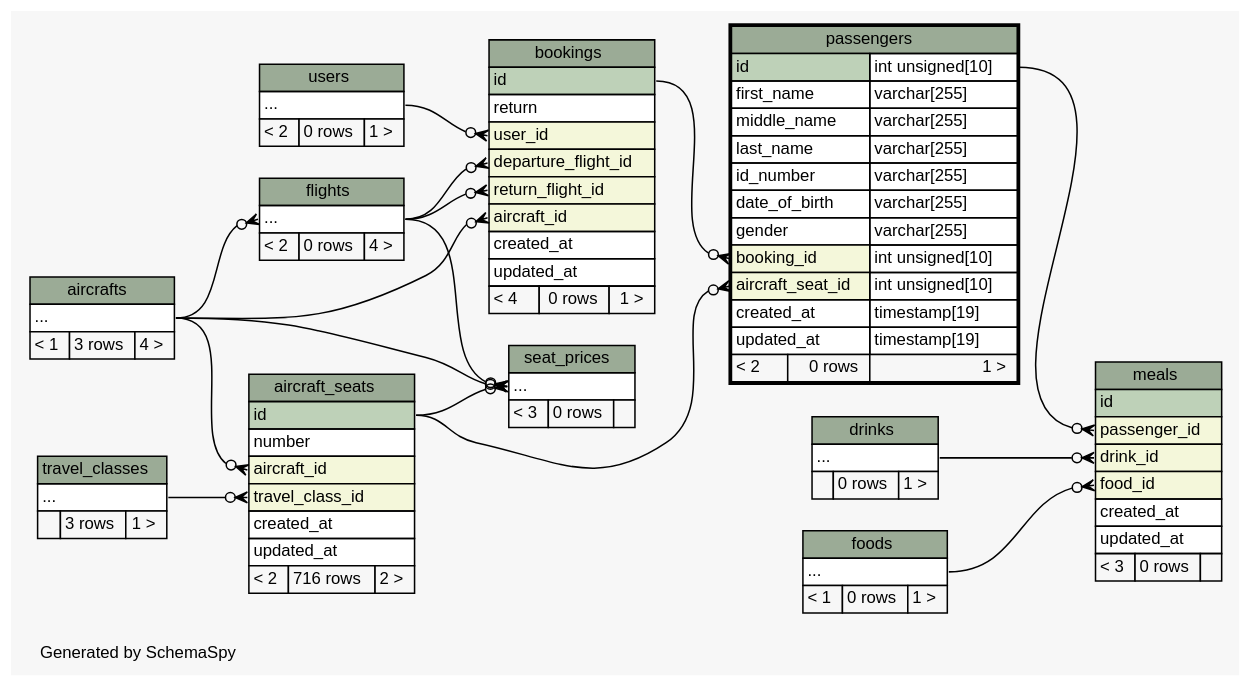
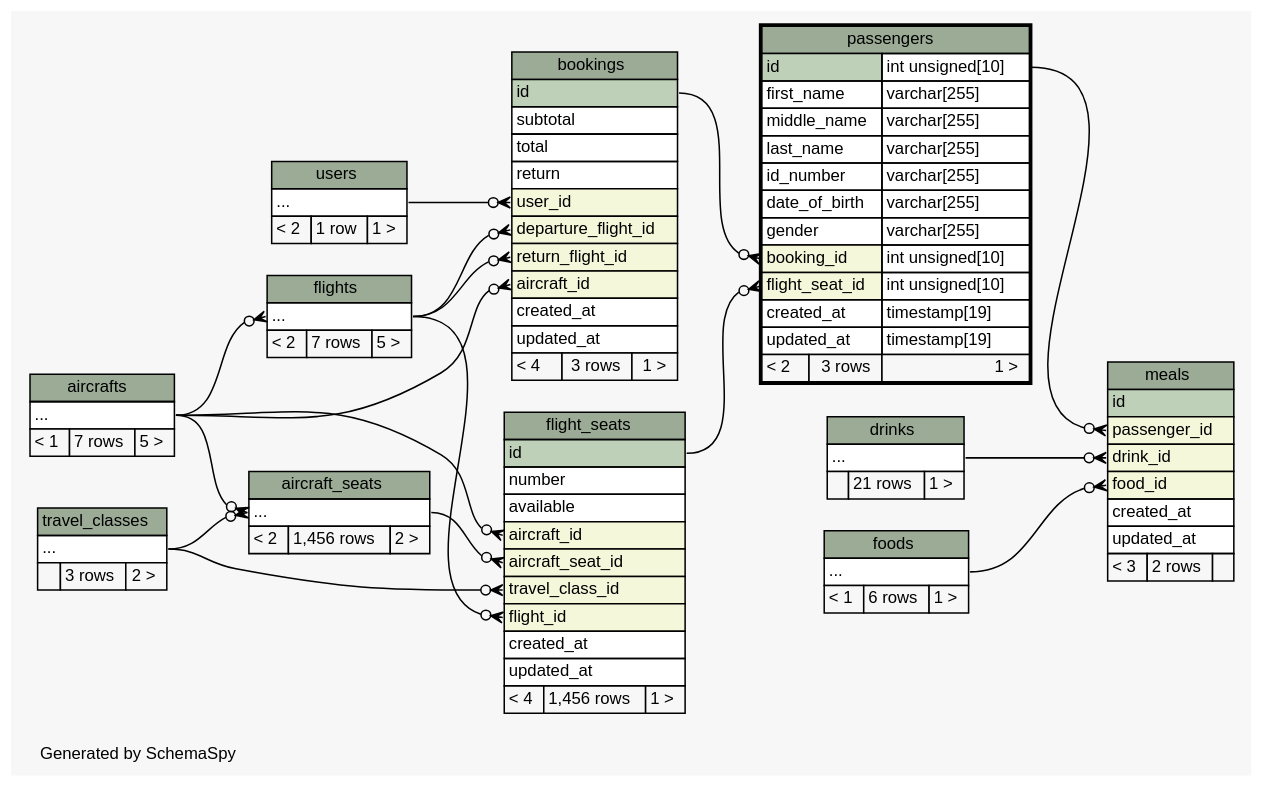
One commit to joaonzangoII/flightbookingsystem changed the diagram in web/app/database/schema/diagrams/passengers.2degrees.dot. Above: the diagram before and after it, drawn with Graphviz. The commit also changed 129 other files, not shown here.

```diff
--- a/web/app/database/schema/diagrams/passengers.2degrees.dot
+++ b/web/app/database/schema/diagrams/passengers.2degrees.dot
@@ -1,4 +1,4 @@
-// dot 2.38.0 on Linux 4.8.0-46-generic
+// dot 2.38.0 on Linux 4.8.0-49-generic
 // SchemaSpy rev 590
 digraph "twoDegreesRelationshipsDiagram" {
   graph [
@@ -19,32 +19,28 @@
   edge [
     arrowsize="0.8"
   ];
-  "aircraft_seats":"aircraft_id":w -> "aircrafts":"elipses":e [arrowhead=none dir=back arrowtail=crowodot];
-  "aircraft_seats":"travel_class_id":w -> "travel_classes":"elipses":e [arrowhead=none dir=back arrowtail=crowodot];
+  "aircraft_seats":"elipses":w -> "aircrafts":"elipses":e [arrowhead=none dir=back arrowtail=crowodot];
+  "aircraft_seats":"elipses":w -> "travel_classes":"elipses":e [arrowhead=none dir=back arrowtail=crowodot];
   "bookings":"aircraft_id":w -> "aircrafts":"elipses":e [arrowhead=none dir=back arrowtail=crowodot];
   "bookings":"departure_flight_id":w -> "flights":"elipses":e [arrowhead=none dir=back arrowtail=crowodot];
   "bookings":"return_flight_id":w -> "flights":"elipses":e [arrowhead=none dir=back arrowtail=crowodot];
   "bookings":"user_id":w -> "users":"elipses":e [arrowhead=none dir=back arrowtail=crowodot];
+  "flight_seats":"aircraft_id":w -> "aircrafts":"elipses":e [arrowhead=none dir=back arrowtail=crowodot];
+  "flight_seats":"aircraft_seat_id":w -> "aircraft_seats":"elipses":e [arrowhead=none dir=back arrowtail=crowodot];
+  "flight_seats":"flight_id":w -> "flights":"elipses":e [arrowhead=none dir=back arrowtail=crowodot];
+  "flight_seats":"travel_class_id":w -> "travel_classes":"elipses":e [arrowhead=none dir=back arrowtail=crowodot];
   "flights":"elipses":w -> "aircrafts":"elipses":e [arrowhead=none dir=back arrowtail=crowodot];
   "meals":"drink_id":w -> "drinks":"elipses":e [arrowhead=none dir=back arrowtail=crowodot];
   "meals":"food_id":w -> "foods":"elipses":e [arrowhead=none dir=back arrowtail=crowodot];
   "meals":"passenger_id":w -> "passengers":"id.type":e [arrowhead=none dir=back arrowtail=crowodot];
-  "passengers":"aircraft_seat_id":w -> "aircraft_seats":"id":e [arrowhead=none dir=back arrowtail=crowodot];
   "passengers":"booking_id":w -> "bookings":"id":e [arrowhead=none dir=back arrowtail=crowodot];
-  "seat_prices":"elipses":w -> "aircrafts":"elipses":e [arrowhead=none dir=back arrowtail=crowodot];
-  "seat_prices":"elipses":w -> "aircraft_seats":"id":e [arrowhead=none dir=back arrowtail=crowodot];
-  "seat_prices":"elipses":w -> "flights":"elipses":e [arrowhead=none dir=back arrowtail=crowodot];
+  "passengers":"flight_seat_id":w -> "flight_seats":"id":e [arrowhead=none dir=back arrowtail=crowodot];
   "aircraft_seats" [
     label=<
     <TABLE BORDER="0" CELLBORDER="1" CELLSPACING="0" BGCOLOR="#ffffff">
       <TR><TD COLSPAN="3" BGCOLOR="#9bab96" ALIGN="CENTER">aircraft_seats</TD></TR>
-      <TR><TD PORT="id" COLSPAN="3" BGCOLOR="#bed1b8" ALIGN="LEFT">id</TD></TR>
-      <TR><TD PORT="number" COLSPAN="3" ALIGN="LEFT">number</TD></TR>
-      <TR><TD PORT="aircraft_id" COLSPAN="3" BGCOLOR="#f4f7da" ALIGN="LEFT">aircraft_id</TD></TR>
-      <TR><TD PORT="travel_class_id" COLSPAN="3" BGCOLOR="#f4f7da" ALIGN="LEFT">travel_class_id</TD></TR>
-      <TR><TD PORT="created_at" COLSPAN="3" ALIGN="LEFT">created_at</TD></TR>
-      <TR><TD PORT="updated_at" COLSPAN="3" ALIGN="LEFT">updated_at</TD></TR>
-      <TR><TD ALIGN="LEFT" BGCOLOR="#f7f7f7">&lt; 2</TD><TD ALIGN="RIGHT" BGCOLOR="#f7f7f7">716 rows</TD><TD ALIGN="RIGHT" BGCOLOR="#f7f7f7">2 &gt;</TD></TR>
+      <TR><TD PORT="elipses" COLSPAN="3" ALIGN="LEFT">...</TD></TR>
+      <TR><TD ALIGN="LEFT" BGCOLOR="#f7f7f7">&lt; 2</TD><TD ALIGN="RIGHT" BGCOLOR="#f7f7f7">1,456 rows</TD><TD ALIGN="RIGHT" BGCOLOR="#f7f7f7">2 &gt;</TD></TR>
     </TABLE>>
     URL="aircraft_seats.html"
     tooltip="aircraft_seats"
@@ -54,7 +50,7 @@
     <TABLE BORDER="0" CELLBORDER="1" CELLSPACING="0" BGCOLOR="#ffffff">
       <TR><TD COLSPAN="3" BGCOLOR="#9bab96" ALIGN="CENTER">aircrafts</TD></TR>
       <TR><TD PORT="elipses" COLSPAN="3" ALIGN="LEFT">...</TD></TR>
-      <TR><TD ALIGN="LEFT" BGCOLOR="#f7f7f7">&lt; 1</TD><TD ALIGN="RIGHT" BGCOLOR="#f7f7f7">3 rows</TD><TD ALIGN="RIGHT" BGCOLOR="#f7f7f7">4 &gt;</TD></TR>
+      <TR><TD ALIGN="LEFT" BGCOLOR="#f7f7f7">&lt; 1</TD><TD ALIGN="RIGHT" BGCOLOR="#f7f7f7">7 rows</TD><TD ALIGN="RIGHT" BGCOLOR="#f7f7f7">5 &gt;</TD></TR>
     </TABLE>>
     URL="aircrafts.html"
     tooltip="aircrafts"
@@ -64,6 +60,8 @@
     <TABLE BORDER="0" CELLBORDER="1" CELLSPACING="0" BGCOLOR="#ffffff">
       <TR><TD COLSPAN="3" BGCOLOR="#9bab96" ALIGN="CENTER">bookings</TD></TR>
       <TR><TD PORT="id" COLSPAN="3" BGCOLOR="#bed1b8" ALIGN="LEFT">id</TD></TR>
+      <TR><TD PORT="subtotal" COLSPAN="3" ALIGN="LEFT">subtotal</TD></TR>
+      <TR><TD PORT="total" COLSPAN="3" ALIGN="LEFT">total</TD></TR>
       <TR><TD PORT="return" COLSPAN="3" ALIGN="LEFT">return</TD></TR>
       <TR><TD PORT="user_id" COLSPAN="3" BGCOLOR="#f4f7da" ALIGN="LEFT">user_id</TD></TR>
       <TR><TD PORT="departure_flight_id" COLSPAN="3" BGCOLOR="#f4f7da" ALIGN="LEFT">departure_flight_id</TD></TR>
@@ -71,7 +69,7 @@
       <TR><TD PORT="aircraft_id" COLSPAN="3" BGCOLOR="#f4f7da" ALIGN="LEFT">aircraft_id</TD></TR>
       <TR><TD PORT="created_at" COLSPAN="3" ALIGN="LEFT">created_at</TD></TR>
       <TR><TD PORT="updated_at" COLSPAN="3" ALIGN="LEFT">updated_at</TD></TR>
-      <TR><TD ALIGN="LEFT" BGCOLOR="#f7f7f7">&lt; 4</TD><TD ALIGN="RIGHT" BGCOLOR="#f7f7f7">0 rows</TD><TD ALIGN="RIGHT" BGCOLOR="#f7f7f7">1 &gt;</TD></TR>
+      <TR><TD ALIGN="LEFT" BGCOLOR="#f7f7f7">&lt; 4</TD><TD ALIGN="RIGHT" BGCOLOR="#f7f7f7">3 rows</TD><TD ALIGN="RIGHT" BGCOLOR="#f7f7f7">1 &gt;</TD></TR>
     </TABLE>>
     URL="bookings.html"
     tooltip="bookings"
@@ -81,17 +79,35 @@
     <TABLE BORDER="0" CELLBORDER="1" CELLSPACING="0" BGCOLOR="#ffffff">
       <TR><TD COLSPAN="3" BGCOLOR="#9bab96" ALIGN="CENTER">drinks</TD></TR>
       <TR><TD PORT="elipses" COLSPAN="3" ALIGN="LEFT">...</TD></TR>
-      <TR><TD ALIGN="LEFT" BGCOLOR="#f7f7f7">  </TD><TD ALIGN="RIGHT" BGCOLOR="#f7f7f7">0 rows</TD><TD ALIGN="RIGHT" BGCOLOR="#f7f7f7">1 &gt;</TD></TR>
+      <TR><TD ALIGN="LEFT" BGCOLOR="#f7f7f7">  </TD><TD ALIGN="RIGHT" BGCOLOR="#f7f7f7">21 rows</TD><TD ALIGN="RIGHT" BGCOLOR="#f7f7f7">1 &gt;</TD></TR>
     </TABLE>>
     URL="drinks.html"
     tooltip="drinks"
+  ];
+  "flight_seats" [
+    label=<
+    <TABLE BORDER="0" CELLBORDER="1" CELLSPACING="0" BGCOLOR="#ffffff">
+      <TR><TD COLSPAN="3" BGCOLOR="#9bab96" ALIGN="CENTER">flight_seats</TD></TR>
+      <TR><TD PORT="id" COLSPAN="3" BGCOLOR="#bed1b8" ALIGN="LEFT">id</TD></TR>
+      <TR><TD PORT="number" COLSPAN="3" ALIGN="LEFT">number</TD></TR>
+      <TR><TD PORT="available" COLSPAN="3" ALIGN="LEFT">available</TD></TR>
+      <TR><TD PORT="aircraft_id" COLSPAN="3" BGCOLOR="#f4f7da" ALIGN="LEFT">aircraft_id</TD></TR>
+      <TR><TD PORT="aircraft_seat_id" COLSPAN="3" BGCOLOR="#f4f7da" ALIGN="LEFT">aircraft_seat_id</TD></TR>
+      <TR><TD PORT="travel_class_id" COLSPAN="3" BGCOLOR="#f4f7da" ALIGN="LEFT">travel_class_id</TD></TR>
+      <TR><TD PORT="flight_id" COLSPAN="3" BGCOLOR="#f4f7da" ALIGN="LEFT">flight_id</TD></TR>
+      <TR><TD PORT="created_at" COLSPAN="3" ALIGN="LEFT">created_at</TD></TR>
+      <TR><TD PORT="updated_at" COLSPAN="3" ALIGN="LEFT">updated_at</TD></TR>
+      <TR><TD ALIGN="LEFT" BGCOLOR="#f7f7f7">&lt; 4</TD><TD ALIGN="RIGHT" BGCOLOR="#f7f7f7">1,456 rows</TD><TD ALIGN="RIGHT" BGCOLOR="#f7f7f7">1 &gt;</TD></TR>
+    </TABLE>>
+    URL="flight_seats.html"
+    tooltip="flight_seats"
   ];
   "flights" [
     label=<
     <TABLE BORDER="0" CELLBORDER="1" CELLSPACING="0" BGCOLOR="#ffffff">
       <TR><TD COLSPAN="3" BGCOLOR="#9bab96" ALIGN="CENTER">flights</TD></TR>
       <TR><TD PORT="elipses" COLSPAN="3" ALIGN="LEFT">...</TD></TR>
-      <TR><TD ALIGN="LEFT" BGCOLOR="#f7f7f7">&lt; 2</TD><TD ALIGN="RIGHT" BGCOLOR="#f7f7f7">0 rows</TD><TD ALIGN="RIGHT" BGCOLOR="#f7f7f7">4 &gt;</TD></TR>
+      <TR><TD ALIGN="LEFT" BGCOLOR="#f7f7f7">&lt; 2</TD><TD ALIGN="RIGHT" BGCOLOR="#f7f7f7">7 rows</TD><TD ALIGN="RIGHT" BGCOLOR="#f7f7f7">5 &gt;</TD></TR>
     </TABLE>>
     URL="flights.html"
     tooltip="flights"
@@ -101,7 +117,7 @@
     <TABLE BORDER="0" CELLBORDER="1" CELLSPACING="0" BGCOLOR="#ffffff">
       <TR><TD COLSPAN="3" BGCOLOR="#9bab96" ALIGN="CENTER">foods</TD></TR>
       <TR><TD PORT="elipses" COLSPAN="3" ALIGN="LEFT">...</TD></TR>
-      <TR><TD ALIGN="LEFT" BGCOLOR="#f7f7f7">&lt; 1</TD><TD ALIGN="RIGHT" BGCOLOR="#f7f7f7">0 rows</TD><TD ALIGN="RIGHT" BGCOLOR="#f7f7f7">1 &gt;</TD></TR>
+      <TR><TD ALIGN="LEFT" BGCOLOR="#f7f7f7">&lt; 1</TD><TD ALIGN="RIGHT" BGCOLOR="#f7f7f7">6 rows</TD><TD ALIGN="RIGHT" BGCOLOR="#f7f7f7">1 &gt;</TD></TR>
     </TABLE>>
     URL="foods.html"
     tooltip="foods"
@@ -116,7 +132,7 @@
       <TR><TD PORT="food_id" COLSPAN="3" BGCOLOR="#f4f7da" ALIGN="LEFT">food_id</TD></TR>
       <TR><TD PORT="created_at" COLSPAN="3" ALIGN="LEFT">created_at</TD></TR>
       <TR><TD PORT="updated_at" COLSPAN="3" ALIGN="LEFT">updated_at</TD></TR>
-      <TR><TD ALIGN="LEFT" BGCOLOR="#f7f7f7">&lt; 3</TD><TD ALIGN="RIGHT" BGCOLOR="#f7f7f7">0 rows</TD><TD ALIGN="RIGHT" BGCOLOR="#f7f7f7">  </TD></TR>
+      <TR><TD ALIGN="LEFT" BGCOLOR="#f7f7f7">&lt; 3</TD><TD ALIGN="RIGHT" BGCOLOR="#f7f7f7">2 rows</TD><TD ALIGN="RIGHT" BGCOLOR="#f7f7f7">  </TD></TR>
     </TABLE>>
     URL="meals.html"
     tooltip="meals"
@@ -133,30 +149,20 @@
       <TR><TD PORT="date_of_birth" COLSPAN="2" ALIGN="LEFT">date_of_birth</TD><TD PORT="date_of_birth.type" ALIGN="LEFT">varchar[255]</TD></TR>
       <TR><TD PORT="gender" COLSPAN="2" ALIGN="LEFT">gender</TD><TD PORT="gender.type" ALIGN="LEFT">varchar[255]</TD></TR>
       <TR><TD PORT="booking_id" COLSPAN="2" BGCOLOR="#f4f7da" ALIGN="LEFT">booking_id</TD><TD PORT="booking_id.type" ALIGN="LEFT">int unsigned[10]</TD></TR>
-      <TR><TD PORT="aircraft_seat_id" COLSPAN="2" BGCOLOR="#f4f7da" ALIGN="LEFT">aircraft_seat_id</TD><TD PORT="aircraft_seat_id.type" ALIGN="LEFT">int unsigned[10]</TD></TR>
+      <TR><TD PORT="flight_seat_id" COLSPAN="2" BGCOLOR="#f4f7da" ALIGN="LEFT">flight_seat_id</TD><TD PORT="flight_seat_id.type" ALIGN="LEFT">int unsigned[10]</TD></TR>
       <TR><TD PORT="created_at" COLSPAN="2" ALIGN="LEFT">created_at</TD><TD PORT="created_at.type" ALIGN="LEFT">timestamp[19]</TD></TR>
       <TR><TD PORT="updated_at" COLSPAN="2" ALIGN="LEFT">updated_at</TD><TD PORT="updated_at.type" ALIGN="LEFT">timestamp[19]</TD></TR>
-      <TR><TD ALIGN="LEFT" BGCOLOR="#f7f7f7">&lt; 2</TD><TD ALIGN="RIGHT" BGCOLOR="#f7f7f7">0 rows</TD><TD ALIGN="RIGHT" BGCOLOR="#f7f7f7">1 &gt;</TD></TR>
+      <TR><TD ALIGN="LEFT" BGCOLOR="#f7f7f7">&lt; 2</TD><TD ALIGN="RIGHT" BGCOLOR="#f7f7f7">3 rows</TD><TD ALIGN="RIGHT" BGCOLOR="#f7f7f7">1 &gt;</TD></TR>
     </TABLE>>
     URL="passengers.html"
     tooltip="passengers"
-  ];
-  "seat_prices" [
-    label=<
-    <TABLE BORDER="0" CELLBORDER="1" CELLSPACING="0" BGCOLOR="#ffffff">
-      <TR><TD COLSPAN="3" BGCOLOR="#9bab96" ALIGN="CENTER">seat_prices</TD></TR>
-      <TR><TD PORT="elipses" COLSPAN="3" ALIGN="LEFT">...</TD></TR>
-      <TR><TD ALIGN="LEFT" BGCOLOR="#f7f7f7">&lt; 3</TD><TD ALIGN="RIGHT" BGCOLOR="#f7f7f7">0 rows</TD><TD ALIGN="RIGHT" BGCOLOR="#f7f7f7">  </TD></TR>
-    </TABLE>>
-    URL="seat_prices.html"
-    tooltip="seat_prices"
   ];
   "travel_classes" [
     label=<
     <TABLE BORDER="0" CELLBORDER="1" CELLSPACING="0" BGCOLOR="#ffffff">
       <TR><TD COLSPAN="3" BGCOLOR="#9bab96" ALIGN="CENTER">travel_classes</TD></TR>
       <TR><TD PORT="elipses" COLSPAN="3" ALIGN="LEFT">...</TD></TR>
-      <TR><TD ALIGN="LEFT" BGCOLOR="#f7f7f7">  </TD><TD ALIGN="RIGHT" BGCOLOR="#f7f7f7">3 rows</TD><TD ALIGN="RIGHT" BGCOLOR="#f7f7f7">1 &gt;</TD></TR>
+      <TR><TD ALIGN="LEFT" BGCOLOR="#f7f7f7">  </TD><TD ALIGN="RIGHT" BGCOLOR="#f7f7f7">3 rows</TD><TD ALIGN="RIGHT" BGCOLOR="#f7f7f7">2 &gt;</TD></TR>
     </TABLE>>
     URL="travel_classes.html"
     tooltip="travel_classes"
@@ -166,7 +172,7 @@
     <TABLE BORDER="0" CELLBORDER="1" CELLSPACING="0" BGCOLOR="#ffffff">
       <TR><TD COLSPAN="3" BGCOLOR="#9bab96" ALIGN="CENTER">users</TD></TR>
       <TR><TD PORT="elipses" COLSPAN="3" ALIGN="LEFT">...</TD></TR>
-      <TR><TD ALIGN="LEFT" BGCOLOR="#f7f7f7">&lt; 2</TD><TD ALIGN="RIGHT" BGCOLOR="#f7f7f7">0 rows</TD><TD ALIGN="RIGHT" BGCOLOR="#f7f7f7">1 &gt;</TD></TR>
+      <TR><TD ALIGN="LEFT" BGCOLOR="#f7f7f7">&lt; 2</TD><TD ALIGN="RIGHT" BGCOLOR="#f7f7f7">1 row</TD><TD ALIGN="RIGHT" BGCOLOR="#f7f7f7">1 &gt;</TD></TR>
     </TABLE>>
     URL="users.html"
     tooltip="users"
```
